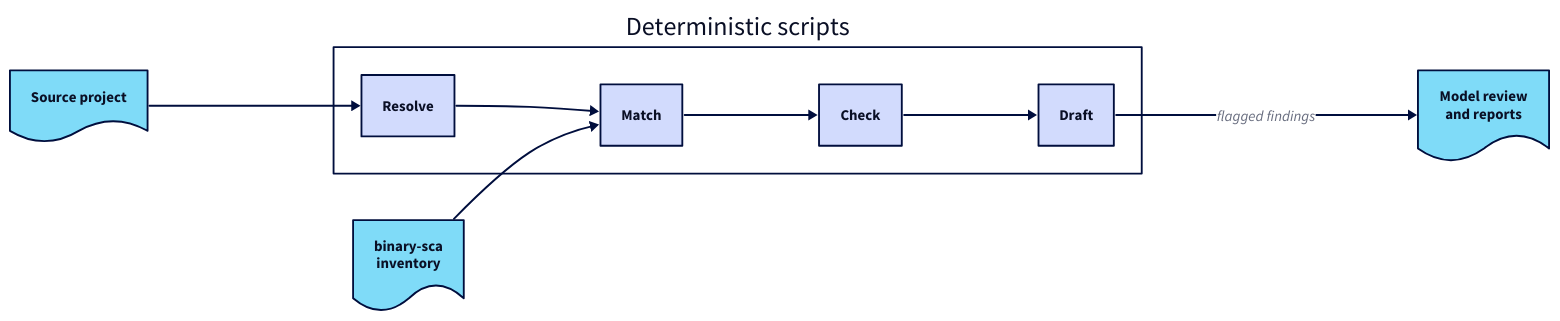
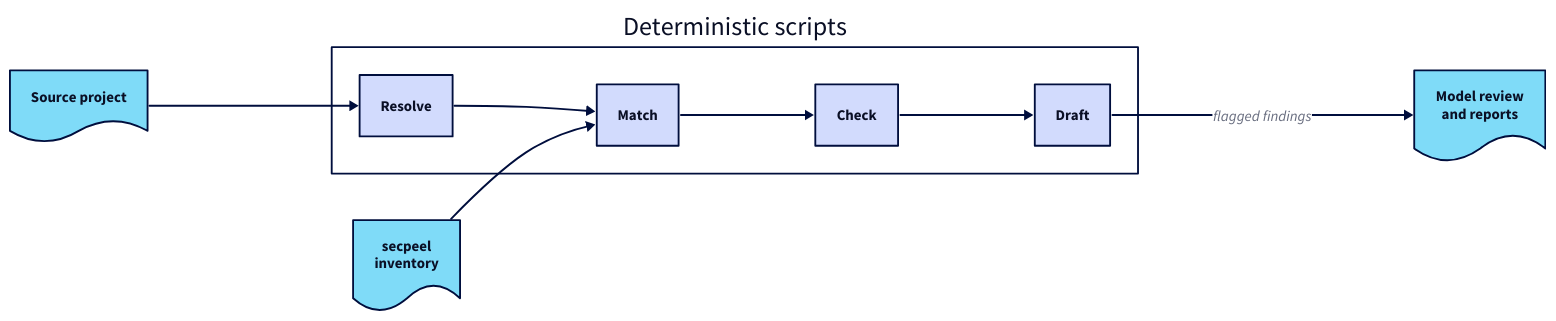
The diagram in docs/diagrams/secdepth-flow.d2 (kobaltoxid/secdepth), drawn with D2 before and after one commit. The commit also changed 6 other files, not shown here.

```diff
--- a/docs/diagrams/secdepth-flow.d2
+++ b/docs/diagrams/secdepth-flow.d2
@@ -1,43 +1,43 @@
 direction: right
 
 vars: {
   d2-config: {
     theme-id: 3
     dark-theme-id: 200
   }
 }
 
 classes: {
   boundary: {
     style: {
       fill: transparent
     }
   }
 }
 
 project: Source project {
   shape: document
 }
 
-artifact: "binary-sca\ninventory" {
+artifact: "secpeel\ninventory" {
   shape: document
 }
 
 scripts: "Deterministic scripts" {
   class: boundary
   resolve: Resolve
   match: Match
   check: Check
   draft: Draft
   resolve -> match
   match -> check
   check -> draft
 }
 
 reports: "Model review\nand reports" {
   shape: document
 }
 
 project -> scripts.resolve
 artifact -> scripts.match
 scripts.draft -> reports: flagged findings
```
